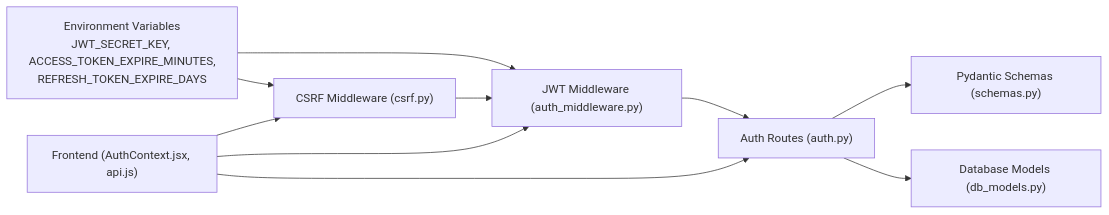
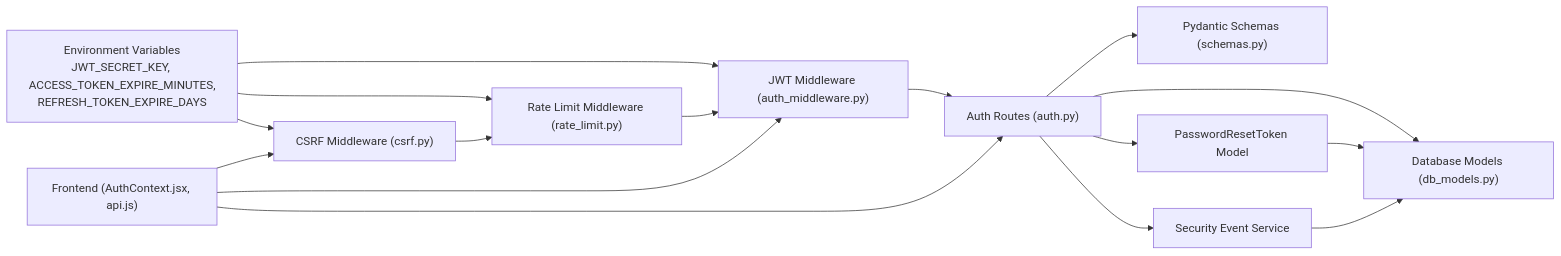
The third of 4 diagrams in .qoder/repowiki/en/content/API Reference/Authentication Endpoints.md (Revanththetalogics/aireume), drawn with Mermaid before and after one commit. The commit also changed other lines of this file and 15 other files, not shown here.

````diff
--- a/.qoder/repowiki/en/content/API Reference/Authentication Endpoints.md
+++ b/.qoder/repowiki/en/content/API Reference/Authentication Endpoints.md
@@ -360,19 +479,28 @@
 ```mermaid
 graph LR
 ENV["Environment Variables<br/>JWT_SECRET_KEY, ACCESS_TOKEN_EXPIRE_MINUTES,<br/>REFRESH_TOKEN_EXPIRE_DAYS"]
 CSRF["CSRF Middleware (csrf.py)"]
+RATE["Rate Limit Middleware (rate_limit.py)"]
 AUTH["JWT Middleware (auth_middleware.py)"]
 R["Auth Routes (auth.py)"]
 SC["Pydantic Schemas (schemas.py)"]
 DB["Database Models (db_models.py)"]
 FE["Frontend (AuthContext.jsx, api.js)"]
+TOKEN["PasswordResetToken Model"]
+SECURITY["Security Event Service"]
 ENV --> CSRF
+ENV --> RATE
 ENV --> AUTH
-CSRF --> AUTH
+CSRF --> RATE
+RATE --> AUTH
 AUTH --> R
 R --> SC
 R --> DB
+R --> TOKEN
+R --> SECURITY
 FE --> CSRF
 FE --> AUTH
 FE --> R
+TOKEN --> DB
+SECURITY --> DB
 ```
````
